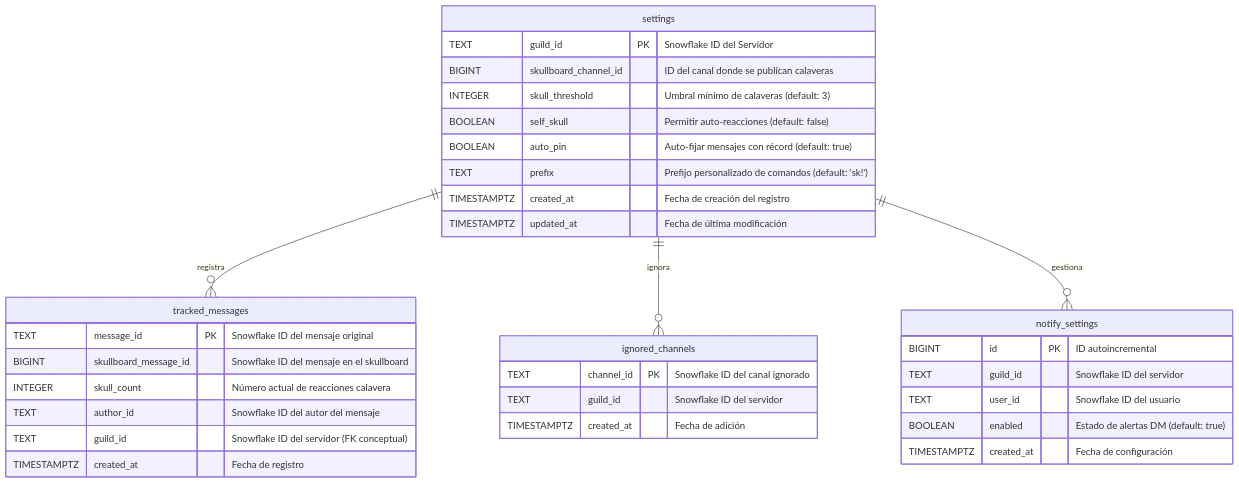
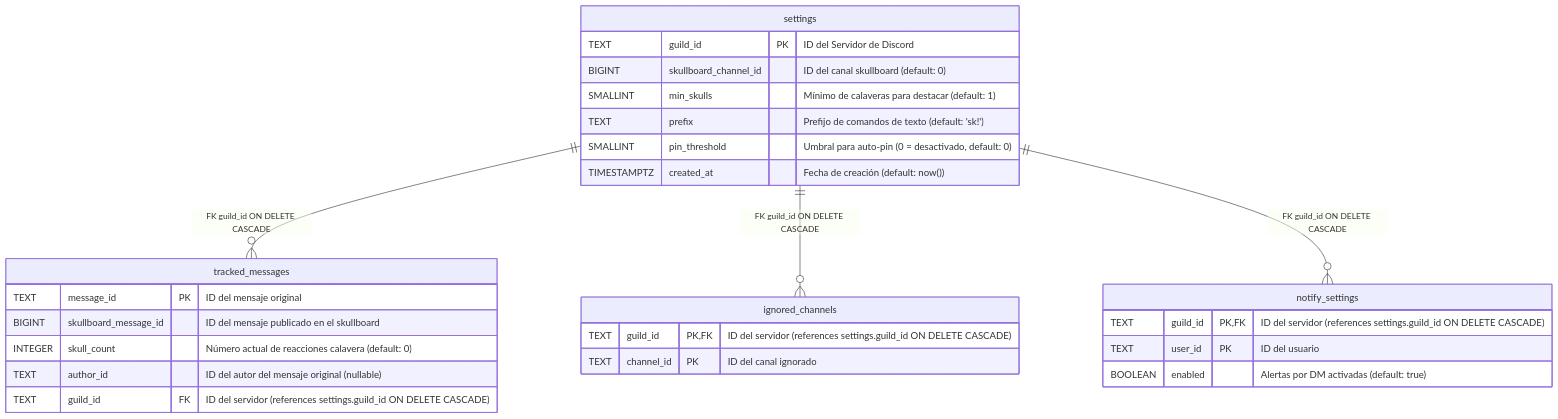
One commit to ParedesYTecho/Skullboard changed the third of 3 diagrams in SYSTEM_CONTEXT.md. Above: the diagram before and after it, drawn with Mermaid. The commit also changed other lines of this file, not shown here.

Commit message:
fix(docs): corregir esquema exacto de base de datos Supabase y catálogo 100% fiel de comandos en SYSTEM_CONTEXT.md

````diff
--- a/SYSTEM_CONTEXT.md
+++ b/SYSTEM_CONTEXT.md
@@ -175,40 +168,34 @@
 ```mermaid
 erDiagram
     settings {
-        TEXT guild_id PK "Snowflake ID del Servidor"
-        BIGINT skullboard_channel_id "ID del canal donde se publican calaveras"
-        INTEGER skull_threshold "Umbral mínimo de calaveras (default: 3)"
-        BOOLEAN self_skull "Permitir auto-reacciones (default: false)"
-        BOOLEAN auto_pin "Auto-fijar mensajes con récord (default: true)"
-        TEXT prefix "Prefijo personalizado de comandos (default: 'sk!')"
-        TIMESTAMPTZ created_at "Fecha de creación del registro"
-        TIMESTAMPTZ updated_at "Fecha de última modificación"
+        TEXT guild_id PK "ID del Servidor de Discord"
+        BIGINT skullboard_channel_id "ID del canal skullboard (default: 0)"
+        SMALLINT min_skulls "Mínimo de calaveras para destacar (default: 1)"
+        TEXT prefix "Prefijo de comandos de texto (default: 'sk!')"
+        SMALLINT pin_threshold "Umbral para auto-pin (0 = desactivado, default: 0)"
+        TIMESTAMPTZ created_at "Fecha de creación (default: now())"
     }
 
     tracked_messages {
-        TEXT message_id PK "Snowflake ID del mensaje original"
-        BIGINT skullboard_message_id "Snowflake ID del mensaje en el skullboard"
-        INTEGER skull_count "Número actual de reacciones calavera"
-        TEXT author_id "Snowflake ID del autor del mensaje"
-        TEXT guild_id "Snowflake ID del servidor (FK conceptual)"
-        TIMESTAMPTZ created_at "Fecha de registro"
+        TEXT message_id PK "ID del mensaje original"
+        BIGINT skullboard_message_id "ID del mensaje publicado en el skullboard"
+        INTEGER skull_count "Número actual de reacciones calavera (default: 0)"
+        TEXT author_id "ID del autor del mensaje original (nullable)"
+        TEXT guild_id FK "ID del servidor (references settings.guild_id ON DELETE CASCADE)"
     }
 
     ignored_channels {
-        TEXT channel_id PK "Snowflake ID del canal ignorado"
-        TEXT guild_id "Snowflake ID del servidor"
-        TIMESTAMPTZ created_at "Fecha de adición"
+        TEXT guild_id PK, FK "ID del servidor (references settings.guild_id ON DELETE CASCADE)"
+        TEXT channel_id PK "ID del canal ignorado"
     }
 
     notify_settings {
-        BIGINT id PK "ID autoincremental"
-        TEXT guild_id "Snowflake ID del servidor"
-        TEXT user_id "Snowflake ID del usuario"
-        BOOLEAN enabled "Estado de alertas DM (default: true)"
-        TIMESTAMPTZ created_at "Fecha de configuración"
+        TEXT guild_id PK, FK "ID del servidor (references settings.guild_id ON DELETE CASCADE)"
+        TEXT user_id PK "ID del usuario"
+        BOOLEAN enabled "Alertas por DM activadas (default: true)"
     }
 
-    settings ||--o{ tracked_messages : "registra"
-    settings ||--o{ ignored_channels : "ignora"
-    settings ||--o{ notify_settings : "gestiona"
+    settings ||--o{ tracked_messages : "FK guild_id ON DELETE CASCADE"
+    settings ||--o{ ignored_channels : "FK guild_id ON DELETE CASCADE"
+    settings ||--o{ notify_settings : "FK guild_id ON DELETE CASCADE"
 ```
````
